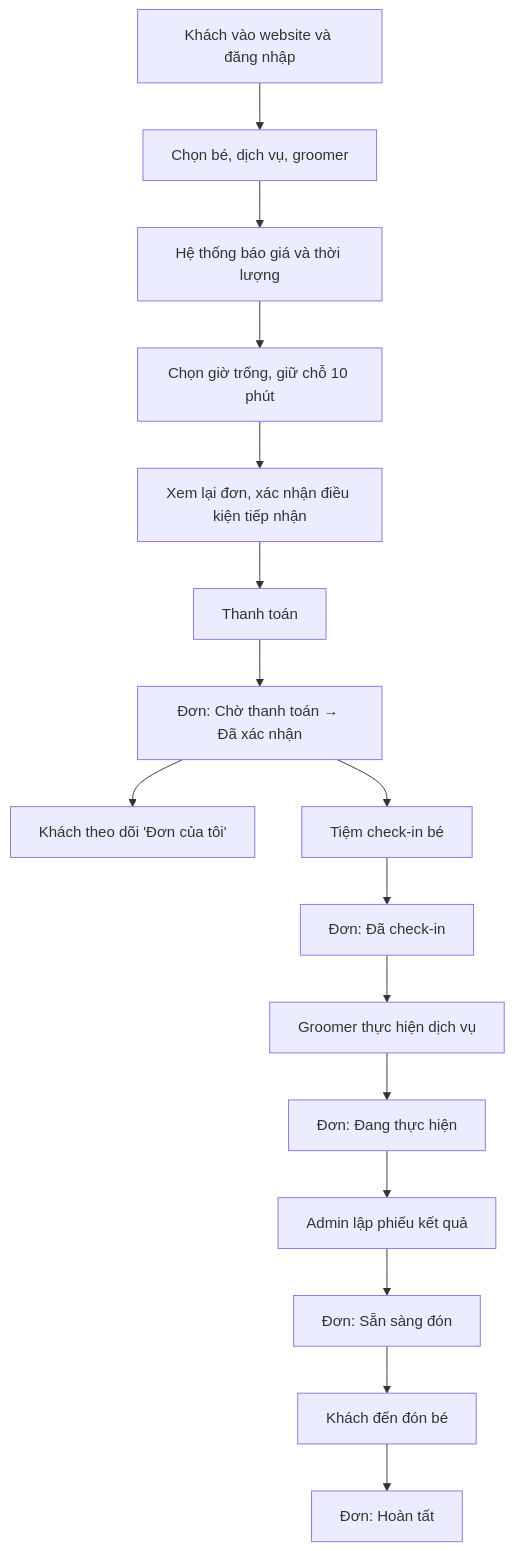
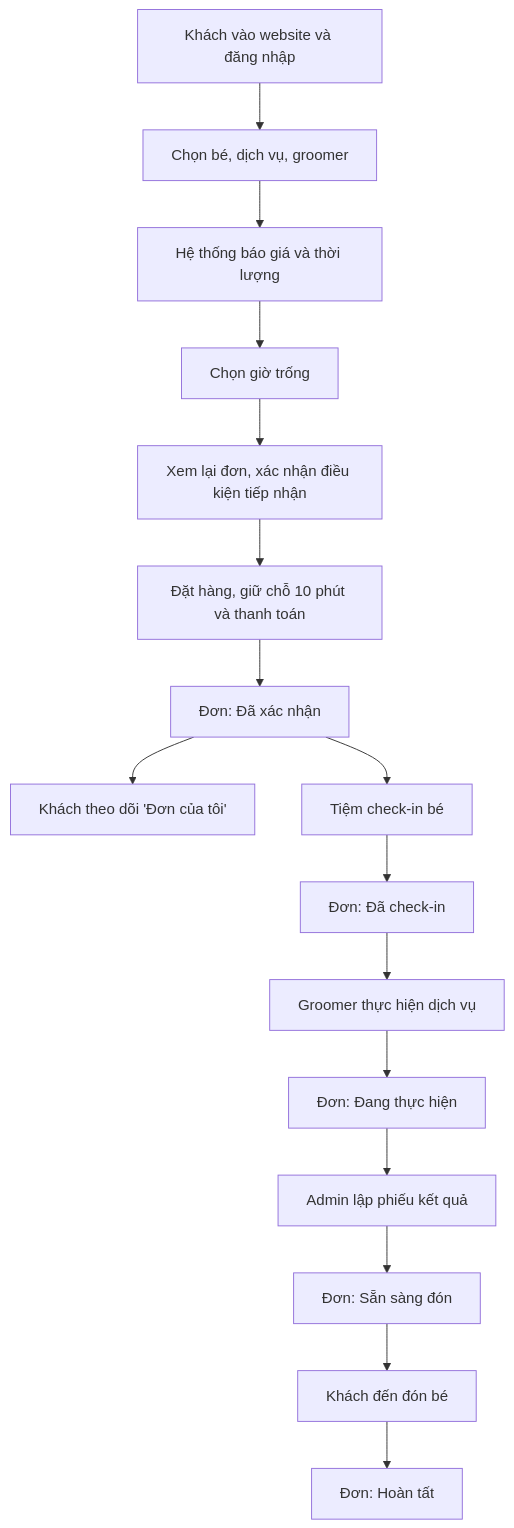
One commit to ngocdoan206/NHOM-4-PTUDTMDT-UEH changed the diagram in docs/business-workflow.md. Above: the diagram before and after it, drawn with Mermaid. The commit also changed other lines of this file, not shown here.

````diff
--- a/docs/business-workflow.md
+++ b/docs/business-workflow.md
@@ -48,18 +48,18 @@
 ```mermaid
 flowchart TD
     A[Khách vào website và đăng nhập] --> B[Chọn bé, dịch vụ, groomer]
     B --> C[Hệ thống báo giá và thời lượng]
-    C --> D[Chọn giờ trống, giữ chỗ 10 phút]
+    C --> D[Chọn giờ trống]
     D --> E[Xem lại đơn, xác nhận điều kiện tiếp nhận]
-    E --> F[Thanh toán]
-    F --> G["Đơn: Chờ thanh toán → Đã xác nhận"]
+    E --> F[Đặt hàng, giữ chỗ 10 phút và thanh toán]
+    F --> G["Đơn: Đã xác nhận"]
     G --> H[Khách theo dõi 'Đơn của tôi']
     G --> I[Tiệm check-in bé]
     I --> J["Đơn: Đã check-in"]
     J --> K[Groomer thực hiện dịch vụ]
     K --> L["Đơn: Đang thực hiện"]
     L --> M[Admin lập phiếu kết quả]
     M --> N["Đơn: Sẵn sàng đón"]
     N --> O[Khách đến đón bé]
     O --> P["Đơn: Hoàn tất"]
 ```
````
